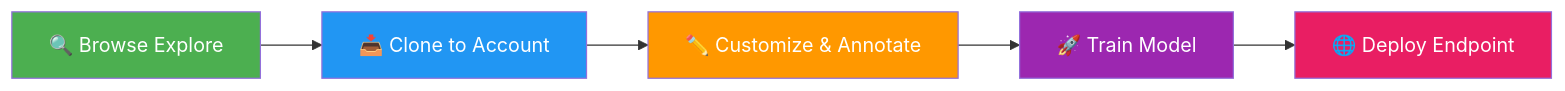
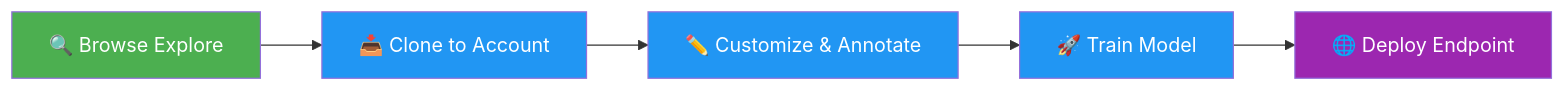
One commit to Dadalia1917/Yolo-RT-DETR-TrainCode changed the first of 3 diagrams in docs/en/platform/explore.md. Above: the diagram before and after it, drawn with Mermaid. The commit also changed other lines of this file and 767 other files, not shown here.

````diff
--- a/docs/en/platform/explore.md
+++ b/docs/en/platform/explore.md
@@ -13,13 +14,11 @@
 ```mermaid
 graph LR
-    A[🔍 Browse Explore] --> B[📥 Clone to Account]
-    B --> C[✏️ Customize & Annotate]
-    C --> D[🚀 Train Model]
-    D --> E[🌐 Deploy Endpoint]
+    A[🔍 Browse Explore]:::start --> B[📥 Clone to Account]:::proc
+    B --> C[✏️ Customize & Annotate]:::proc
+    C --> D[🚀 Train Model]:::proc
+    D --> E[🌐 Deploy Endpoint]:::out
 
-    style A fill:#4CAF50,color:#fff
-    style B fill:#2196F3,color:#fff
-    style C fill:#FF9800,color:#fff
-    style D fill:#9C27B0,color:#fff
-    style E fill:#E91E63,color:#fff
+    classDef start fill:#4CAF50,color:#fff
+    classDef proc fill:#2196F3,color:#fff
+    classDef out fill:#9C27B0,color:#fff
 ```
````
